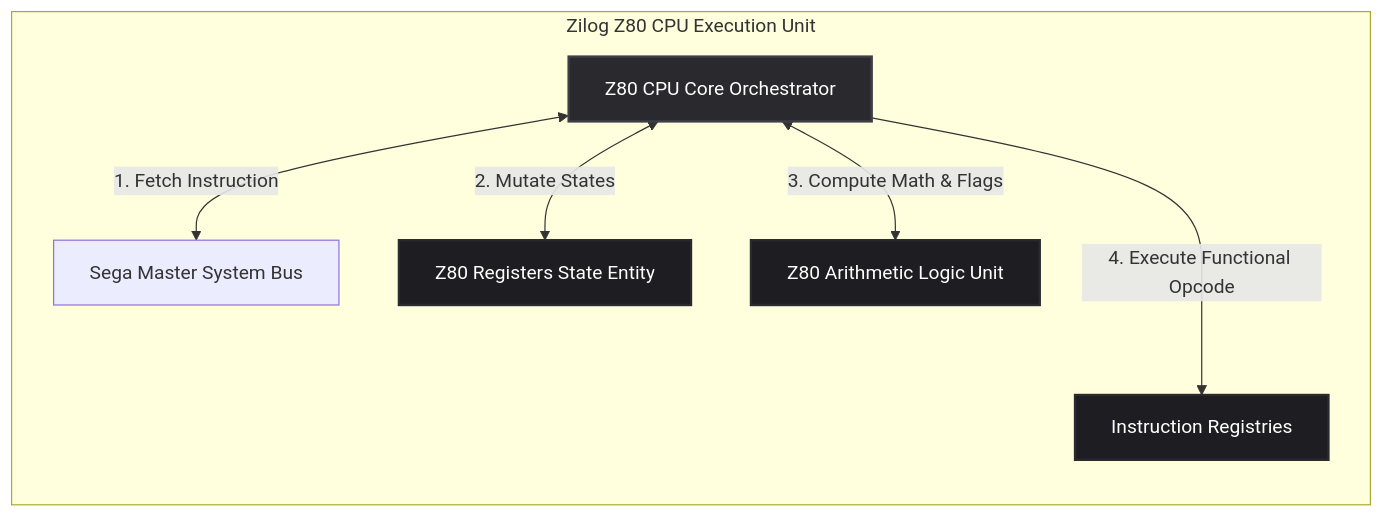
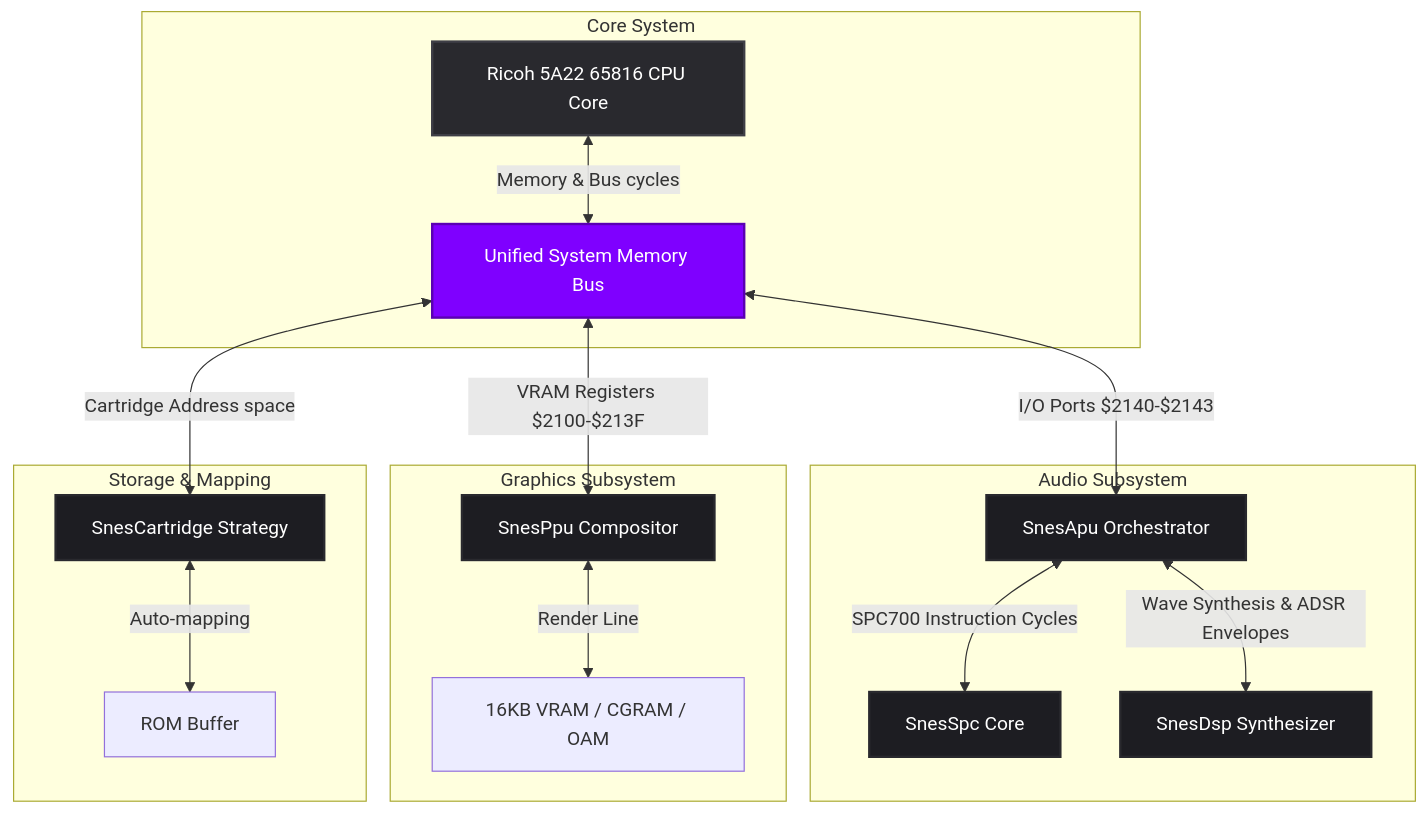
Before and after one commit to enriquegonzalezgutierrez/EGGStation: the third of 3 diagrams in README.md, drawn with Mermaid. The commit also changed other lines of this file and 3 other files, not shown here.

````diff
--- a/README.md
+++ b/README.md
@@ -83,14 +126,30 @@
 ```mermaid
-graph LR
-    subgraph Zilog Z80 CPU Execution Unit
-        Z80[Z80 CPU Core Orchestrator] <-->|1. Fetch Instruction| BUS[Sega Master System Bus]
-        Z80 <-->|2. Mutate States| REG[Z80 Registers State Entity]
-        Z80 <-->|3. Compute Math & Flags| ALU[Z80 Arithmetic Logic Unit]
-        Z80 --->|4. Execute Functional Opcode| INST[Instruction Registries]
+graph TB
+    subgraph Core System
+        CPU[Ricoh 5A22 65816 CPU Core] <-->|Memory & Bus cycles| BUS[Unified System Memory Bus]
     end
 
-    style Z80 fill:#29292e,stroke:#3e3e46,stroke-width:2px,color:#fff
-    style REG fill:#1d1d22,stroke:#29292e,stroke-width:2px,color:#fff
-    style ALU fill:#1d1d22,stroke:#29292e,stroke-width:2px,color:#fff
-    style INST fill:#1d1d22,stroke:#29292e,stroke-width:2px,color:#fff
+    subgraph Audio Subsystem
+        BUS <-->|I/O Ports $2140-$2143| APU[SnesApu Orchestrator]
+        APU <-->|SPC700 Instruction Cycles| SPC[SnesSpc Core]
+        APU <-->|Wave Synthesis & ADSR Envelopes| DSP[SnesDsp Synthesizer]
+    end
+
+    subgraph Graphics Subsystem
+        BUS <-->|VRAM Registers $2100-$213F| PPU[SnesPpu Compositor]
+        PPU <-->|Render Line| VRAM[16KB VRAM / CGRAM / OAM]
+    end
+
+    subgraph Storage & Mapping
+        BUS <-->|Cartridge Address space| CART[SnesCartridge Strategy]
+        CART <-->|Auto-mapping| ROM[ROM Buffer]
+    end
+
+    style CPU fill:#29292e,stroke:#3e3e46,stroke-width:2px,color:#fff
+    style BUS fill:#7f00ff,stroke:#5a00b3,stroke-width:2px,color:#fff
+    style APU fill:#1d1d22,stroke:#29292e,stroke-width:2px,color:#fff
+    style SPC fill:#1d1d22,stroke:#29292e,stroke-width:2px,color:#fff
+    style DSP fill:#1d1d22,stroke:#29292e,stroke-width:2px,color:#fff
+    style PPU fill:#1d1d22,stroke:#29292e,stroke-width:2px,color:#fff
+    style CART fill:#1d1d22,stroke:#29292e,stroke-width:2px,color:#fff
 ```
````
